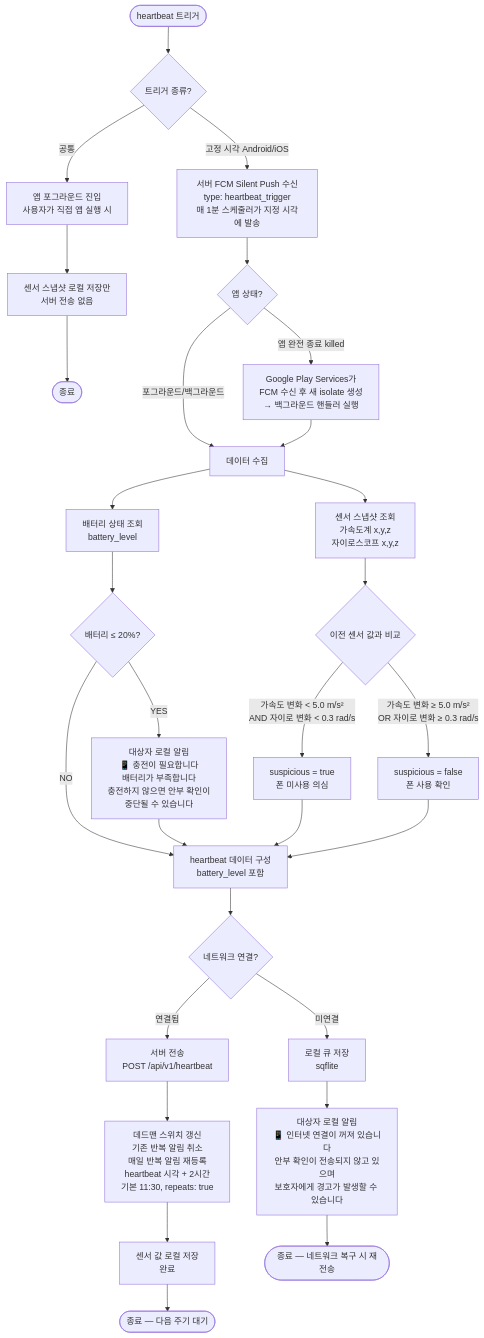
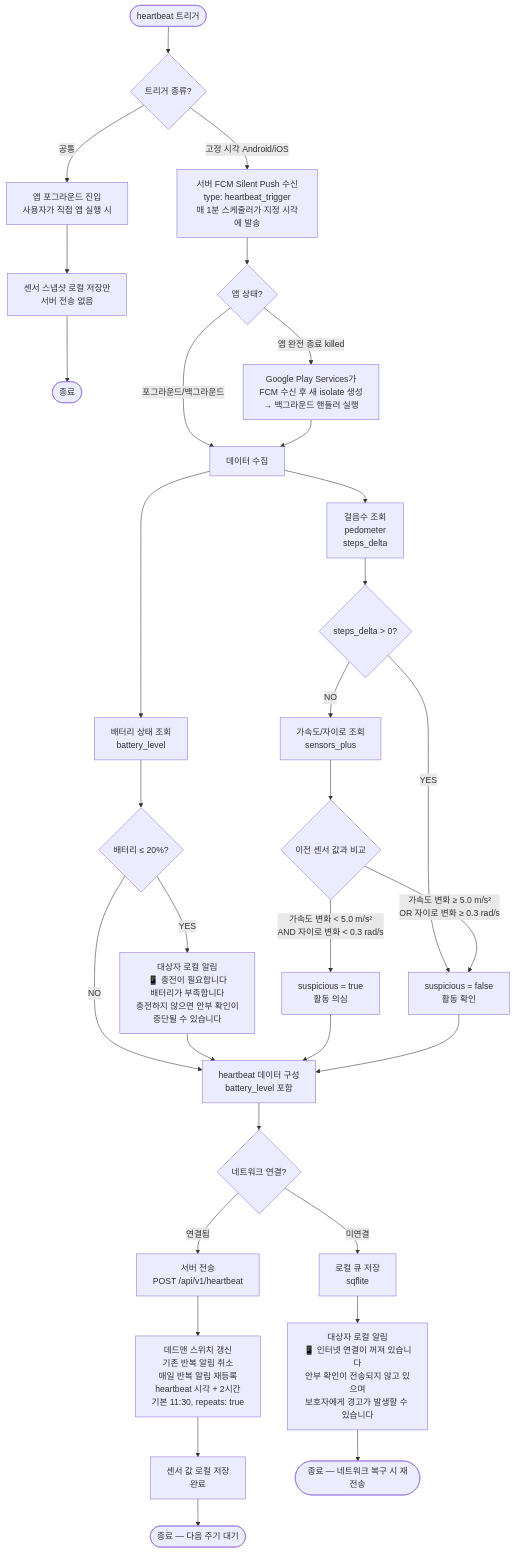
One commit to l10s18bok/kr.co.anbucheck changed the first of 6 diagrams in .ref/heartbeat_flowchart.md. Above: the diagram before and after it, drawn with Mermaid. The commit also changed 2 other files, not shown here.

Commit message:
문서 업데이트: 걸음수(pedometer) primary 활동 지표 추가, accel/gyro payload 제거
- heartbeat payload: accel/gyro 6개 값 제거 → steps_delta 추가
- suspicious 판정: steps_delta > 0이면 즉시 정상, 0일 때만 accel/gyro 보완
- 권한: 활동 인식 권한(Android) / NSMotionUsageDescription(iOS) 추가
- DB 스키마: accel/gyro 컬럼 → steps_delta 컬럼으로 교체
- PRD-FrontEnd, PRD-BackEnd, heartbeat_flowchart 일괄 반영

````diff
--- a/.ref/heartbeat_flowchart.md
+++ b/.ref/heartbeat_flowchart.md
@@ -23,51 +23,55 @@
 ```mermaid
 flowchart TD
     Start([heartbeat 트리거])
     Start --> Trigger
 
     Trigger{트리거 종류?}
     Trigger -->|고정 시각 Android/iOS| SP[서버 FCM Silent Push 수신<br/>type: heartbeat_trigger<br/>매 1분 스케줄러가 지정 시각에 발송]
     Trigger -->|공통| FG[앱 포그라운드 진입<br/>사용자가 직접 앱 실행 시]
 
     FG --> FGCollect[센서 스냅샷 로컬 저장만<br/>서버 전송 없음]
     FGCollect --> End0([종료])
 
     SP --> SPState{앱 상태?}
     SPState -->|포그라운드/백그라운드| Collect
     SPState -->|앱 완전 종료 killed| SPKilled[Google Play Services가<br/>FCM 수신 후 새 isolate 생성<br/>→ 백그라운드 핸들러 실행]
     SPKilled --> Collect
 
     Collect[데이터 수집]
-    Collect --> Sensor[센서 스냅샷 조회<br/>가속도계 x,y,z<br/>자이로스코프 x,y,z]
+    Collect --> Steps[걸음수 조회<br/>pedometer<br/>steps_delta]
     Collect --> Battery[배터리 상태 조회<br/>battery_level]
 
+    Steps --> StepsCheck{steps_delta > 0?}
+    StepsCheck -->|YES| Normal[suspicious = false<br/>활동 확인]
+    StepsCheck -->|NO| Sensor[가속도/자이로 조회<br/>sensors_plus]
+
     Sensor --> Compare{이전 센서 값과 비교}
-    Compare -->|가속도 변화 < 5.0 m/s²<br/>AND 자이로 변화 < 0.3 rad/s| Suspicious[suspicious = true<br/>폰 미사용 의심]
-    Compare -->|가속도 변화 ≥ 5.0 m/s²<br/>OR 자이로 변화 ≥ 0.3 rad/s| Normal[suspicious = false<br/>폰 사용 확인]
+    Compare -->|가속도 변화 < 5.0 m/s²<br/>AND 자이로 변화 < 0.3 rad/s| Suspicious[suspicious = true<br/>활동 의심]
+    Compare -->|가속도 변화 ≥ 5.0 m/s²<br/>OR 자이로 변화 ≥ 0.3 rad/s| Normal
 
     Battery --> BattCheck{배터리 ≤ 20%?}
     BattCheck -->|YES| SubjectNoti[대상자 로컬 알림<br/>📱 충전이 필요합니다<br/>배터리가 부족합니다<br/>충전하지 않으면 안부 확인이<br/>중단될 수 있습니다]
     BattCheck -->|NO| Build
 
     SubjectNoti --> Build
 
     Suspicious --> Build
     Normal --> Build
 
     Build[heartbeat 데이터 구성<br/>battery_level 포함]
 
     Build --> Network{네트워크 연결?}
 
     Network -->|연결됨| Send[서버 전송<br/>POST /api/v1/heartbeat]
     Network -->|미연결| Queue[로컬 큐 저장<br/>sqflite]
 
     Queue --> LocalNoti1[대상자 로컬 알림<br/>📱 인터넷 연결이 꺼져 있습니다<br/>안부 확인이 전송되지 않고 있으며<br/>보호자에게 경고가 발생할 수 있습니다]
 
     Send --> DeadmanReset[데드맨 스위치 갱신<br/>기존 반복 알림 취소<br/>매일 반복 알림 재등록<br/>heartbeat 시각 + 2시간<br/>기본 11:30, repeats: true]
 
     DeadmanReset --> SaveEnd[센서 값 로컬 저장<br/>완료]
 
     SaveEnd --> End1([종료 — 다음 주기 대기])
 
     LocalNoti1 --> End2([종료 — 네트워크 복구 시 재전송])
 ```
````
